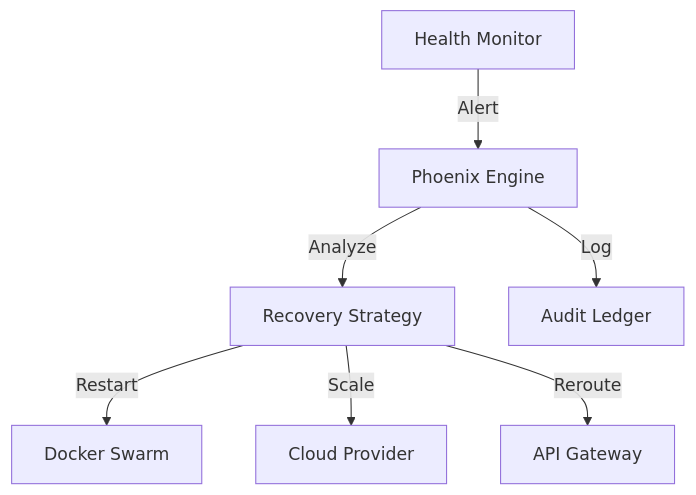
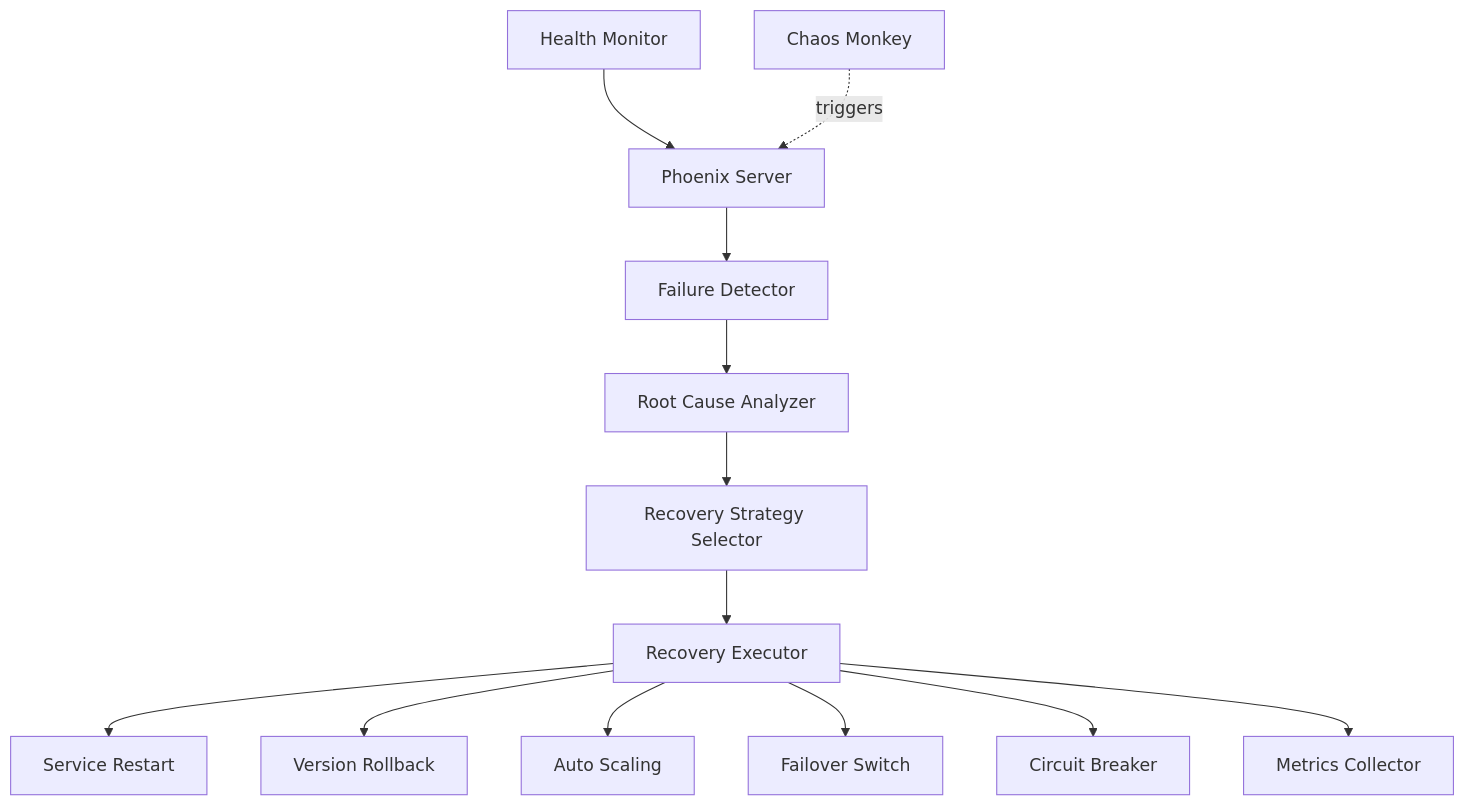
Before and after one commit to Azora-OS/azora: the first of 2 diagrams in services/phoenix-server/README.md, drawn with Mermaid. The commit also changed other lines of this file and 6 other files, not shown here.

````diff
--- a/services/phoenix-server/README.md
+++ b/services/phoenix-server/README.md
@@ -21,9 +24,15 @@
 ```mermaid
-graph TD
-    Monitor[Health Monitor] -->|Alert| Phoenix[Phoenix Engine]
-    Phoenix -->|Analyze| Strategy[Recovery Strategy]
-    Strategy -->|Restart| Docker[Docker Swarm]
-    Strategy -->|Scale| Cloud[Cloud Provider]
-    Strategy -->|Reroute| Gateway[API Gateway]
-    Phoenix -->|Log| Ledger[Audit Ledger]
+graph TB
+    Monitor[Health Monitor] --> Phoenix[Phoenix Server]
+    Chaos[Chaos Monkey] -.triggers.-> Phoenix
+    Phoenix --> Detector[Failure Detector]
+    Detector --> Analyzer[Root Cause Analyzer]
+    Analyzer --> Strategy[Recovery Strategy Selector]
+    Strategy --> Executor[Recovery Executor]
+    Executor --> Restart[Service Restart]
+    Executor --> Rollback[Version Rollback]
+    Executor --> Scale[Auto Scaling]
+    Executor --> Failover[Failover Switch]
+    Executor --> Circuit[Circuit Breaker]
+    Executor --> Metrics[Metrics Collector]
 ```
````
